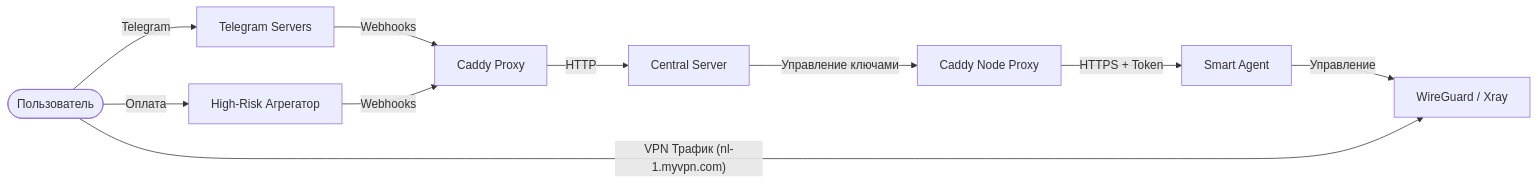
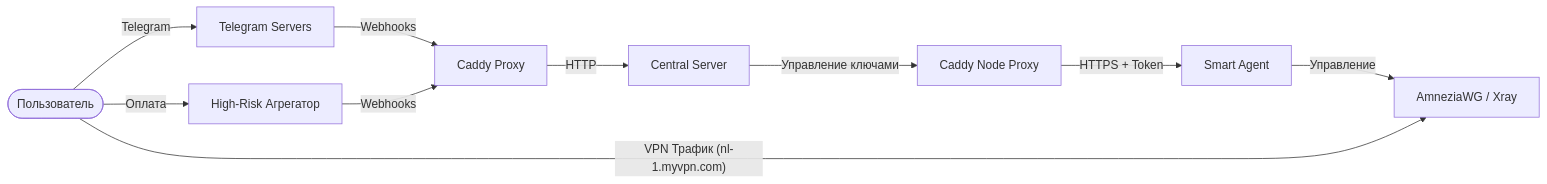
The second of 5 diagrams in docs/plan_refaktora.md (VoltusV5/SafeFlow), drawn with Mermaid before and after one commit. The commit also changed other lines of this file and 24 other files, not shown here.

Commit message:
feat: implement smart agent with AmneziaWG docker integration and bypass management services + подготовил отдельную папку для настройки обхода белых списков

````diff
--- a/docs/plan_refaktora.md
+++ b/docs/plan_refaktora.md
@@ -166,15 +166,15 @@
 ```mermaid
 flowchart LR
     User([Пользователь]) -- "Telegram" --> TG[Telegram Servers]
     TG -- "Webhooks" --> CaddyCore[Caddy Proxy]
     CaddyCore -- "HTTP" --> Core[Central Server]
     
     User -- "Оплата" --> Gateway[High-Risk Агрегатор]
     Gateway -- "Webhooks" --> CaddyCore
     
     Core -- "Управление ключами" --> CaddyNode[Caddy Node Proxy]
     CaddyNode -- "HTTPS + Token" --> Agent[Smart Agent]
-    Agent -- "Управление" --> VPN[WireGuard / Xray]
+    Agent -- "Управление" --> VPN[AmneziaWG / Xray]
     
     User -- "VPN Трафик (nl-1.myvpn.com)" --> VPN
 ```
````
